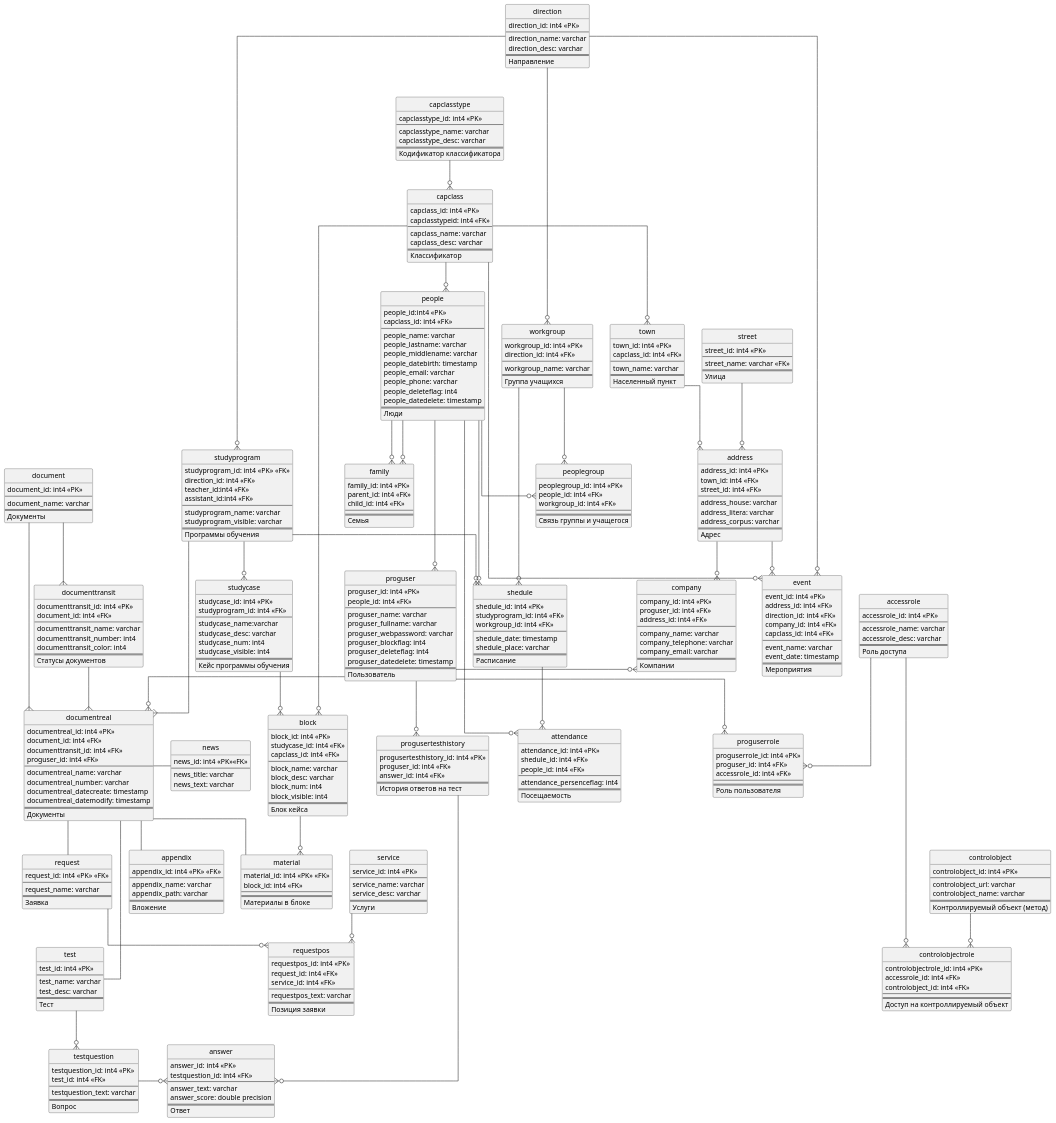
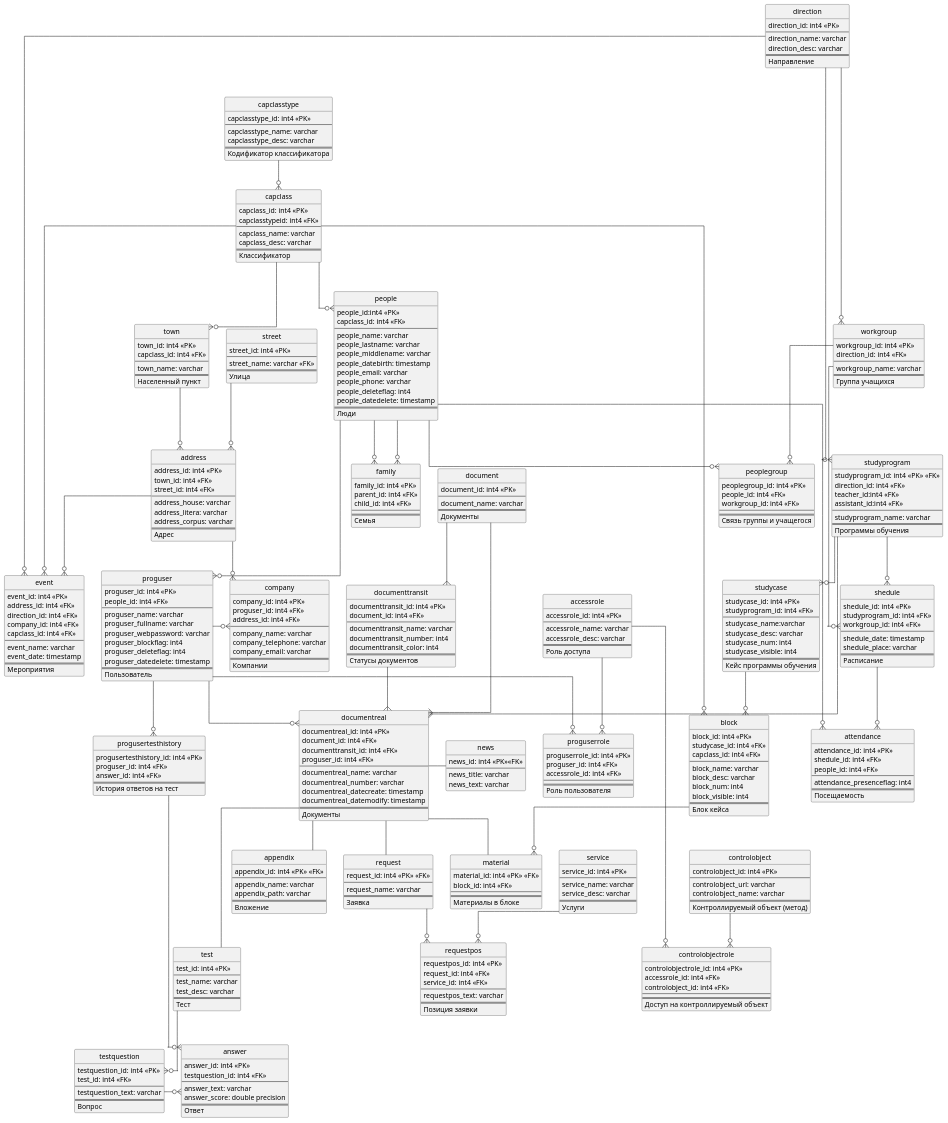
Before and after one commit to Skeletoshka/spring-core-backend: the diagram in docs/er-diagram.puml, drawn with PlantUML. The commit also changed 9 other files, not shown here.

```diff
--- a/docs/er-diagram.puml
+++ b/docs/er-diagram.puml
@@ -67,7 +67,6 @@
     assistant_id:int4 <<FK>>
     --
     studyprogram_name: varchar
-    studyprogram_visible: varchar
     ==
     Программы обучения
 }
@@ -169,7 +168,7 @@
     shedule_id: int4 <<FK>>
     people_id: int4 <<FK>>
     --
-    attendance_persenceflag: int4
+    attendance_presenceflag: int4
     ==
     Посещаемость
 }
@@ -348,7 +347,6 @@
 controlobject--o{controlobjectrole
 workgroup---o{shedule
 studyprogram--o{shedule
-people--o{shedule
 shedule--o{attendance
 people--o{attendance
 block--o{material
```
